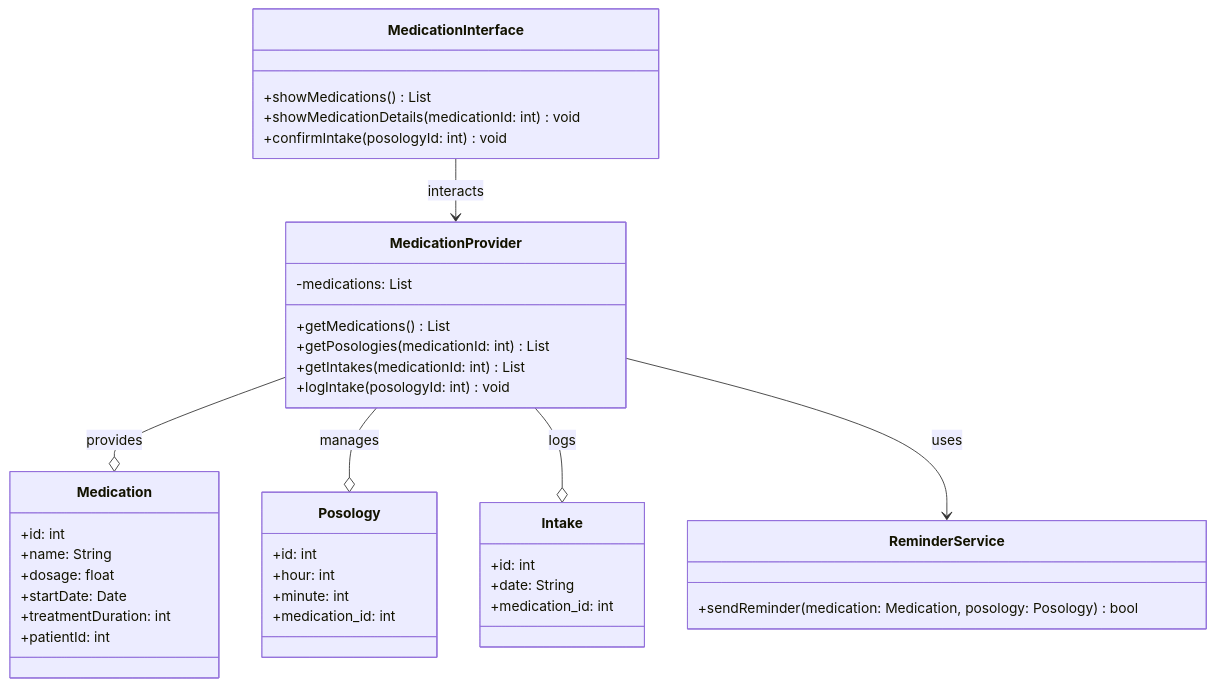
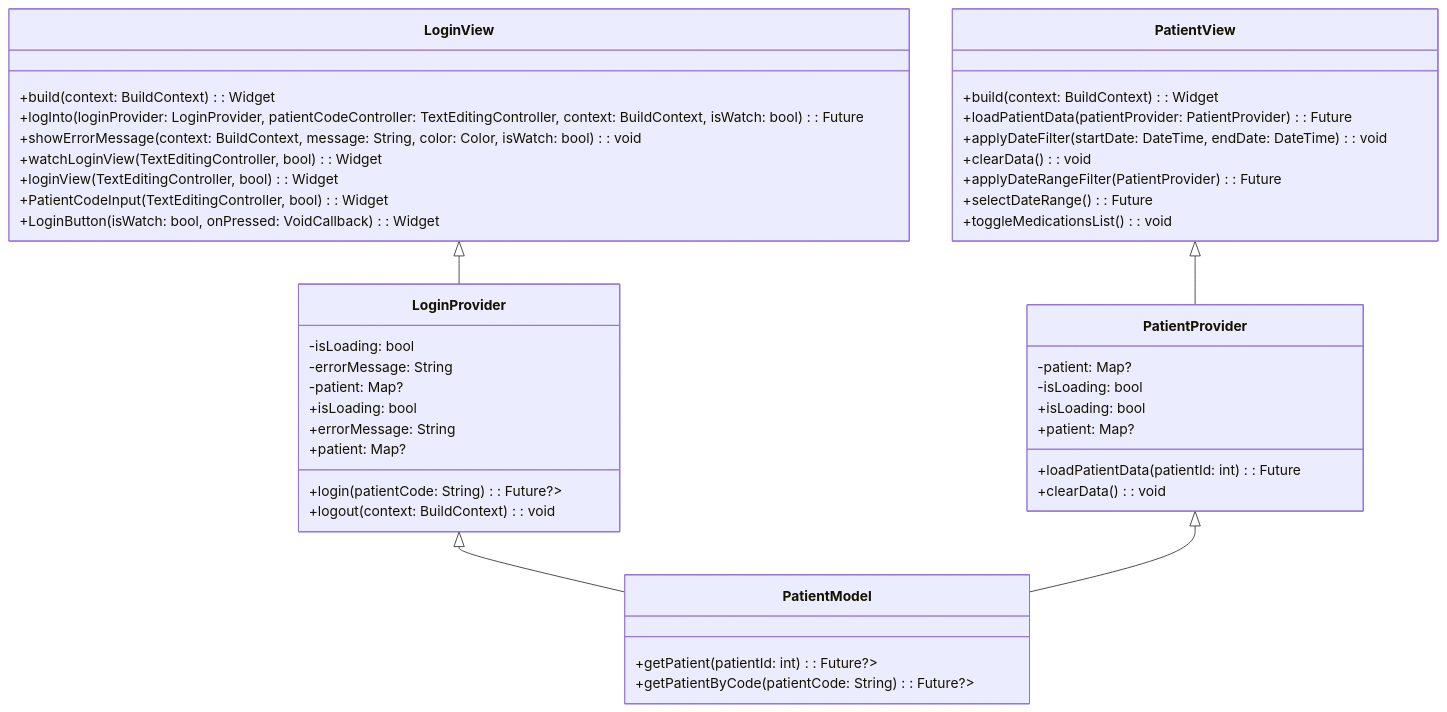
The first of 2 diagrams in diseño_sw.md (daniqss/terceiro), drawn with Mermaid before and after one commit. The commit also changed other lines of this file, not shown here.

````diff
--- a/diseño_sw.md
+++ b/diseño_sw.md
@@ -29,48 +29,57 @@
 ```mermaid
 classDiagram
-    class MedicationInterface {
-        +showMedications() List
-        +showMedicationDetails(medicationId: int) void
-        +confirmIntake(posologyId: int) void
+    %% Models
+    class PatientModel {
+        +getPatient(patientId: int): Future<Map<String, dynamic>?>
+        +getPatientByCode(patientCode: String): Future<Map<String, dynamic>?>
     }
 
-    class MedicationProvider {
-        -medications: List
-        +getMedications() List
-        +getPosologies(medicationId: int) List
-        +getIntakes(medicationId: int) List
-        +logIntake(posologyId: int) void
+    %% Providers
+    class LoginProvider {
+        -isLoading: bool
+        -errorMessage: String
+        -patient: Map<String, dynamic>?
+        +isLoading: bool
+        +errorMessage: String
+        +patient: Map<String, dynamic>?
+        +login(patientCode: String): Future<Map<String, dynamic>?>
+        +logout(context: BuildContext): void
     }
 
-    class Medication {
-        +id: int
-        +name: String
-        +dosage: float
-        +startDate: Date
-        +treatmentDuration: int
-        +patientId: int
+    class PatientProvider {
+        -patient: Map<String, dynamic>?
+        -isLoading: bool
+        +isLoading: bool
+        +patient: Map<String, dynamic>?
+        +loadPatientData(patientId: int): Future<void>
+        +clearData(): void
     }
 
-    class Posology {
-        +id: int
-        +hour: int
-        +minute: int
-        +medication_id: int
+    %% Views
+    class LoginView {
+        +build(context: BuildContext): Widget
+        +logInto(loginProvider: LoginProvider, patientCodeController: TextEditingController, context: BuildContext, isWatch: bool): Future<void>
+        +showErrorMessage(context: BuildContext, message: String, color: Color, isWatch: bool): void
+        +watchLoginView(TextEditingController, bool): Widget
+        +loginView(TextEditingController, bool): Widget
+        +PatientCodeInput(TextEditingController, bool): Widget
+        +LoginButton(isWatch: bool, onPressed: VoidCallback): Widget
     }
 
-    class Intake {
-        +id: int
-        +date: String
-        +medication_id: int
+    class PatientView {
+        +build(context: BuildContext): Widget
+        +loadPatientData(patientProvider: PatientProvider): Future<void>
+        +applyDateFilter(startDate: DateTime, endDate: DateTime): void
+        +clearData(): void
+        +applyDateRangeFilter(PatientProvider): Future<void>
+        +selectDateRange(): Future<void>
+        +toggleMedicationsList(): void
     }
 
-    class ReminderService {
-        +sendReminder(medication: Medication, posology: Posology) bool
-    }
+    %% Relationships
+    LoginProvider <|-- PatientModel
+    PatientProvider <|-- PatientModel
+    LoginView <|-- LoginProvider
+    PatientView <|-- PatientProvider
 
-    MedicationInterface --> MedicationProvider : interacts
-    MedicationProvider --o Medication : provides
-    MedicationProvider --o Posology : manages
-    MedicationProvider --o Intake : logs
-    MedicationProvider --> ReminderService : uses
 ```
````
